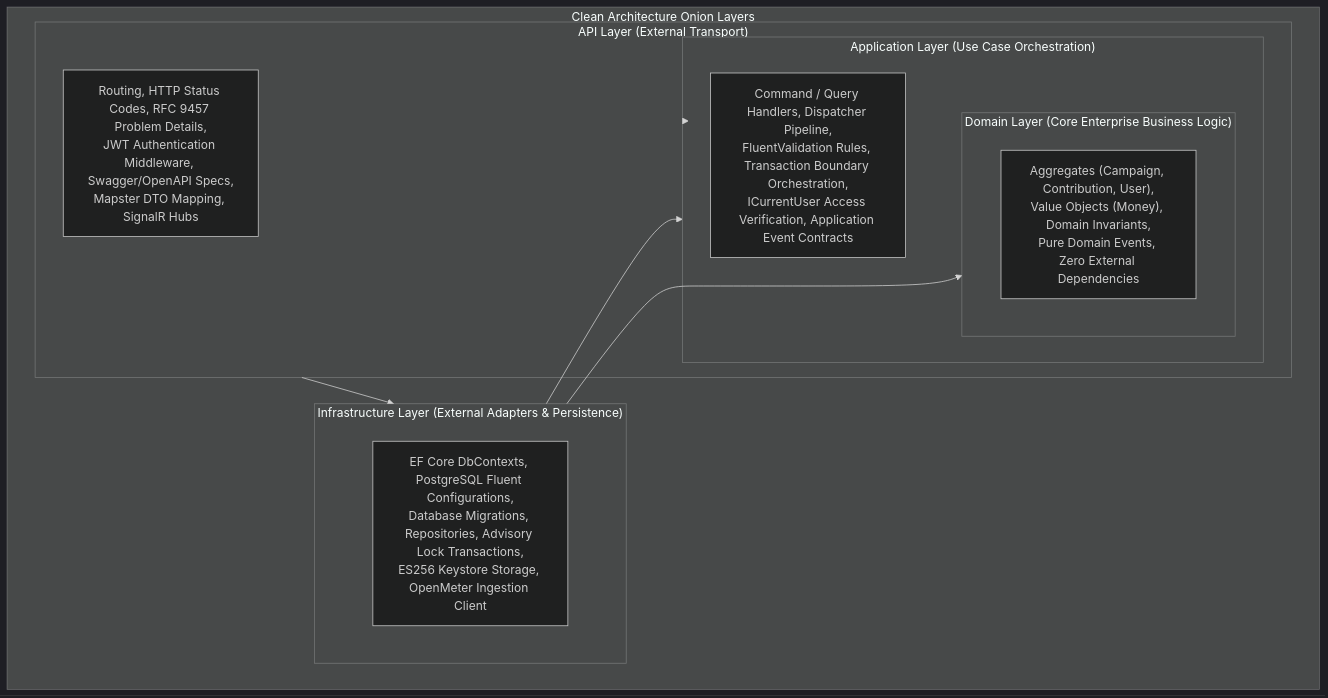
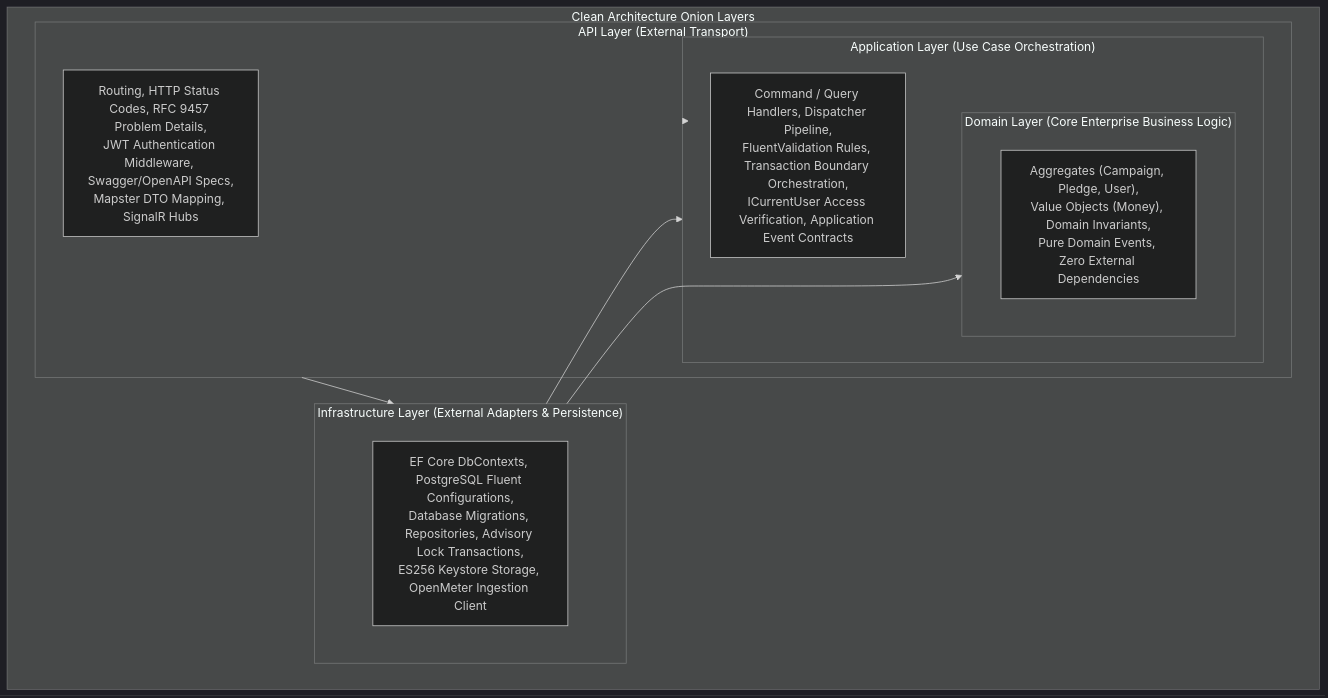
The third of 12 diagrams in docs/ARCHITECTURE_AND_LIBRARIES.md (maysamgamini/crowdfundinghub), drawn with Mermaid (dark theme) before and after one commit. The commit also changed other lines of this file and 571 other files, not shown here.

First line of the commit message:
refactor: use the course vocabulary, pledge and backer, where the code said contribution and contributor

````diff
--- a/docs/ARCHITECTURE_AND_LIBRARIES.md
+++ b/docs/ARCHITECTURE_AND_LIBRARIES.md
@@ -198,23 +198,23 @@
 ```mermaid
 graph TD
     subgraph CleanArch["Clean Architecture Onion Layers"]
         subgraph LayerAPI["API Layer (External Transport)"]
             C_API["Routing, HTTP Status Codes, RFC 9457 Problem Details,<br/>JWT Authentication Middleware, Swagger/OpenAPI Specs,<br/>Mapster DTO Mapping, SignalR Hubs"]
             subgraph LayerApp["Application Layer (Use Case Orchestration)"]
                 C_APP["Command / Query Handlers, Dispatcher Pipeline,<br/>FluentValidation Rules, Transaction Boundary Orchestration,<br/>ICurrentUser Access Verification, Application Event Contracts"]
                 subgraph LayerDom["Domain Layer (Core Enterprise Business Logic)"]
-                    C_DOM["Aggregates (Campaign, Contribution, User),<br/>Value Objects (Money), Domain Invariants,<br/>Pure Domain Events, Zero External Dependencies"]
+                    C_DOM["Aggregates (Campaign, Pledge, User),<br/>Value Objects (Money), Domain Invariants,<br/>Pure Domain Events, Zero External Dependencies"]
                 end
             end
         end
         subgraph LayerInfra["Infrastructure Layer (External Adapters & Persistence)"]
             C_INFRA["EF Core DbContexts, PostgreSQL Fluent Configurations,<br/>Database Migrations, Repositories, Advisory Lock Transactions,<br/>ES256 Keystore Storage, OpenMeter Ingestion Client"]
         end
     end
 
     LayerAPI --> LayerApp
     LayerApp --> LayerDom
     LayerInfra --> LayerDom
     LayerInfra --> LayerApp
     LayerAPI --> LayerInfra
 ```
````
